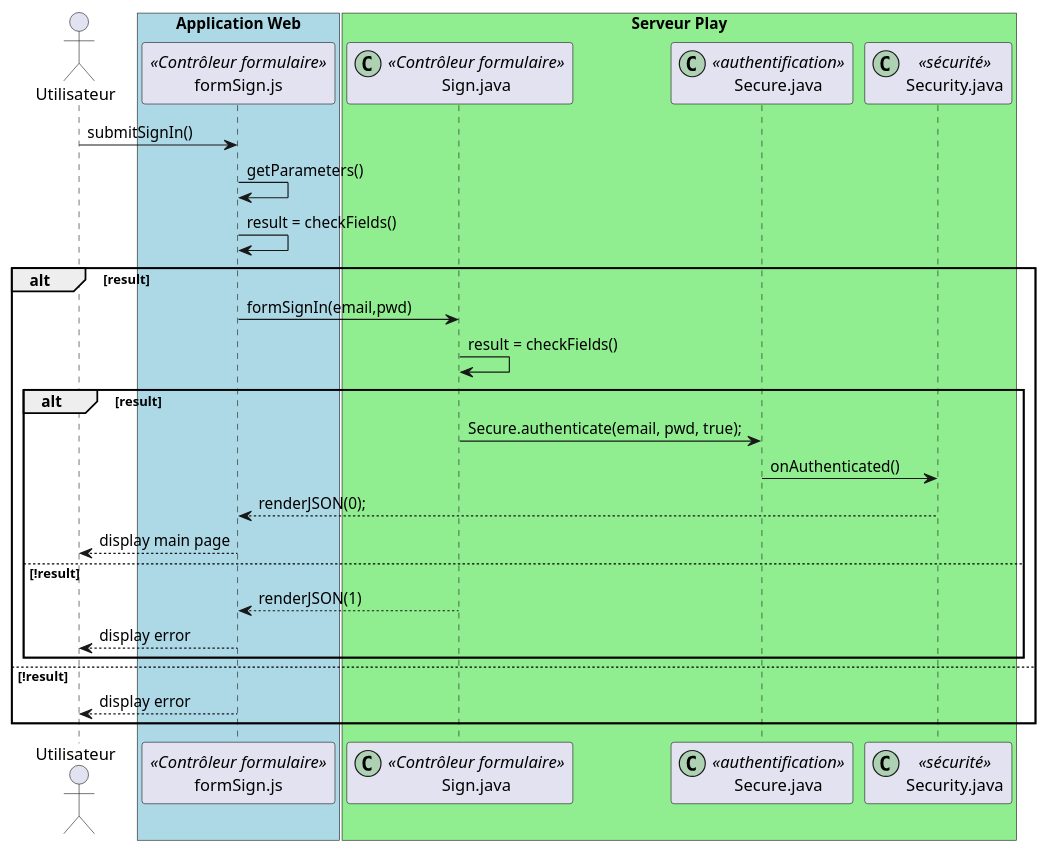
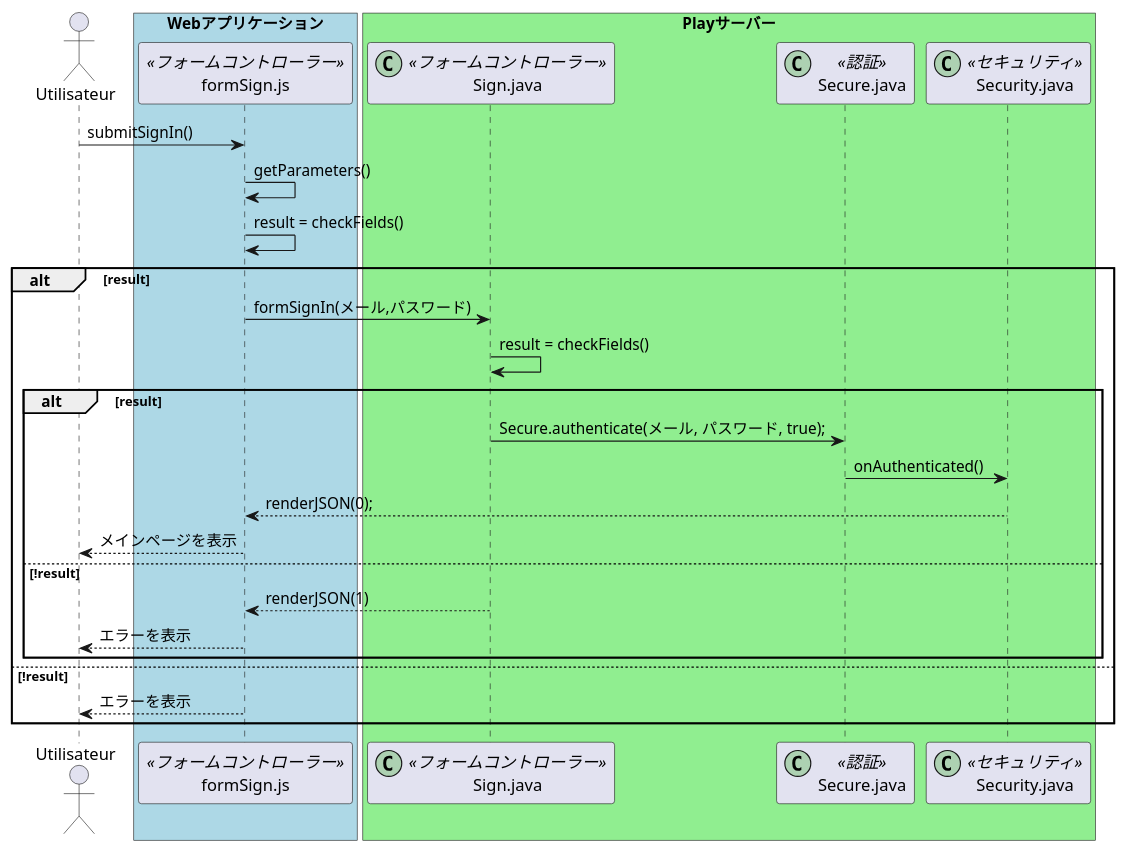
The diagram in sample/sample5.puml (tama-jp/plantuml), drawn with PlantUML before and after one commit. The commit also changed 7 other files, not shown here.

```diff
--- a/sample/sample5.puml
+++ b/sample/sample5.puml
@@ -1,42 +1,42 @@
 @startuml
 
 actor Utilisateur as user
-participant "formSign.js" as form <<Contrôleur formulaire>>
-participant "Sign.java" as controler <<(C,#ADD1B2) Contrôleur formulaire>>
-participant "Secure.java" as secure <<(C,#ADD1B2) authentification>>
-participant "Security.java" as security <<(C,#ADD1B2) sécurité>>
+participant "formSign.js" as form <<フォームコントローラー>>
+participant "Sign.java" as controler <<(C,#ADD1B2) フォームコントローラー>>
+participant "Secure.java" as secure <<(C,#ADD1B2) 認証>>
+participant "Security.java" as security <<(C,#ADD1B2) セキュリティ>>
 
-box "Application Web" #LightBlue
+box "Webアプリケーション" #LightBlue
 	participant form
 end box
 
-box "Serveur Play" #LightGreen
+box "Playサーバー" #LightGreen
 	participant controler
 	participant secure
 	participant security
 end box
 
 user -> form : submitSignIn()
 form -> form : getParameters()
 form -> form : result = checkFields()
 
 alt result
 
-    form -> controler : formSignIn(email,pwd)
+    form -> controler : formSignIn(メール,パスワード)
     controler -> controler : result = checkFields()
 
     alt result
-    	controler -> secure : Secure.authenticate(email, pwd, true);
+    	controler -> secure : Secure.authenticate(メール, パスワード, true);
     	secure -> security : onAuthenticated()
     	security --> form : renderJSON(0);
-    	form --> user : display main page
+    	form --> user : メインページを表示
     else !result
     	controler --> form : renderJSON(1)
-    	form --> user : display error
+    	form --> user : エラーを表示
     end
 
 else !result
-	form --> user : display error
+	form --> user : エラーを表示
 end
 
 @enduml
```
